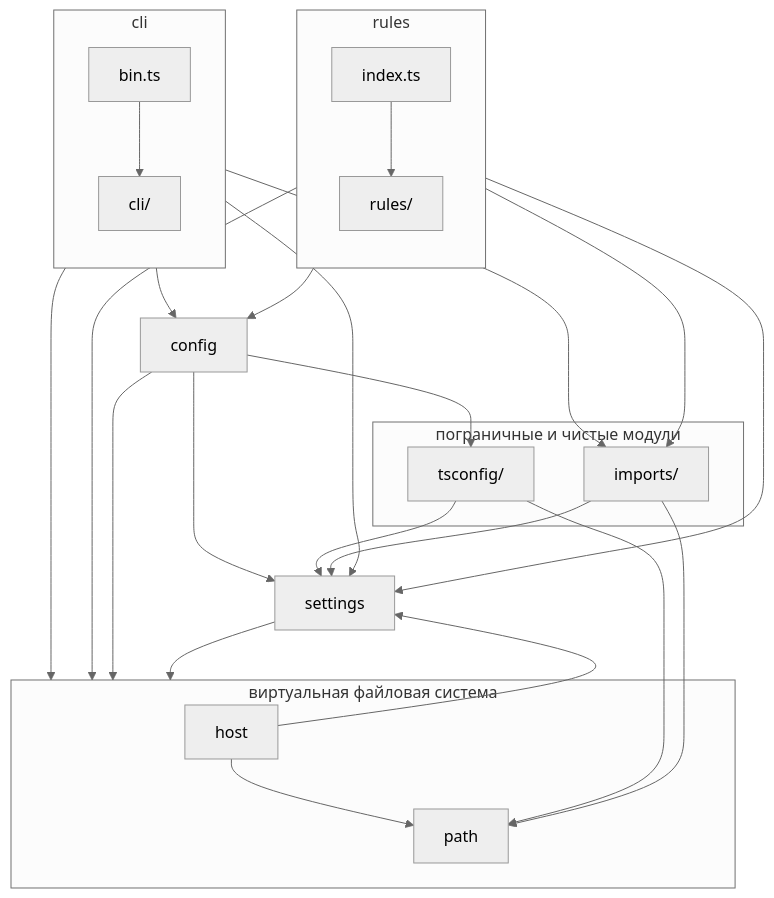
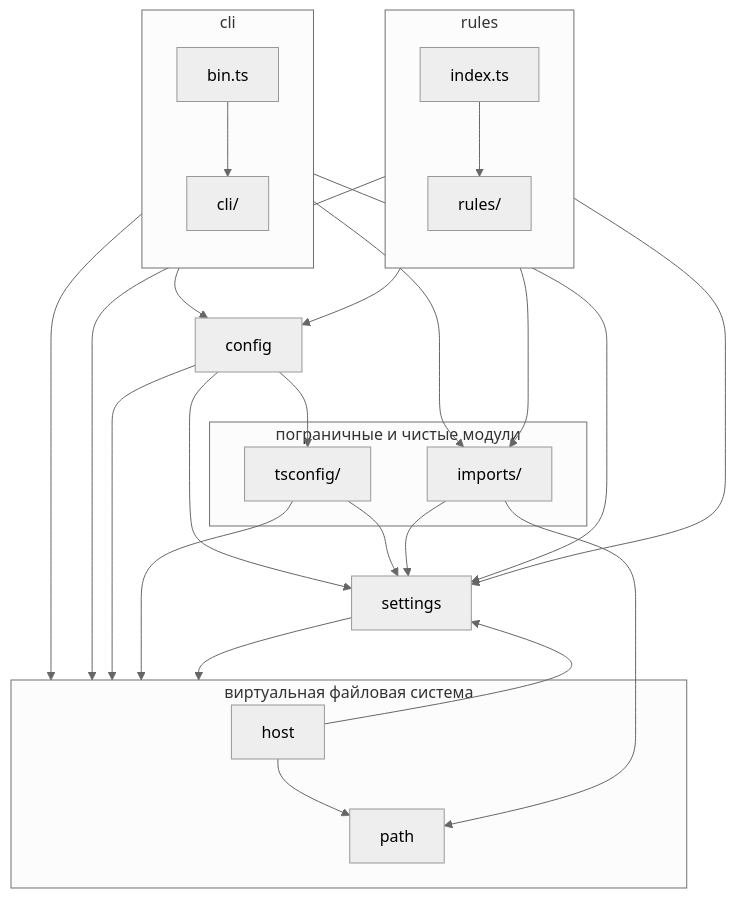
The diagram in src/dependencies.md (jt4d-lab/weld), drawn with Mermaid (neutral theme) before and after one commit. The commit also changed 1 other file, not shown here.

Commit message:
docs/dependencies: tsconfig

````diff
--- a/src/dependencies.md
+++ b/src/dependencies.md
@@ -10,54 +10,54 @@
 ```mermaid
 graph TD
     subgraph cli["cli"]
         direction TB
 
         bin["bin.ts"] --> cliDir["cli/"]
     end
 
     subgraph rules
         direction TB
 
         index["index.ts"] --> rulesDir["rules/"]
     end
 
     subgraph l2["пограничные и чистые модули"]
         tsconfig["tsconfig/"]
         imports["imports/"]
     end
 
 
     subgraph vfs["виртуальная файловая система"]
         host
         path
     end
 
     config
 
     settings
 
     cli --> config
     cli --> settings
     cli --> imports
     cli --> vfs
 
     rules --> config
     rules --> imports
     rules --> settings
     rules --> vfs
 
     config --> settings
     config --> tsconfig
     config --> vfs
 
     host --> settings
     host --> path
 
     tsconfig --> settings
-    tsconfig --> path
+    tsconfig --> vfs
 
     imports --> settings
     imports --> path
 
     settings --> vfs
 ```
````
